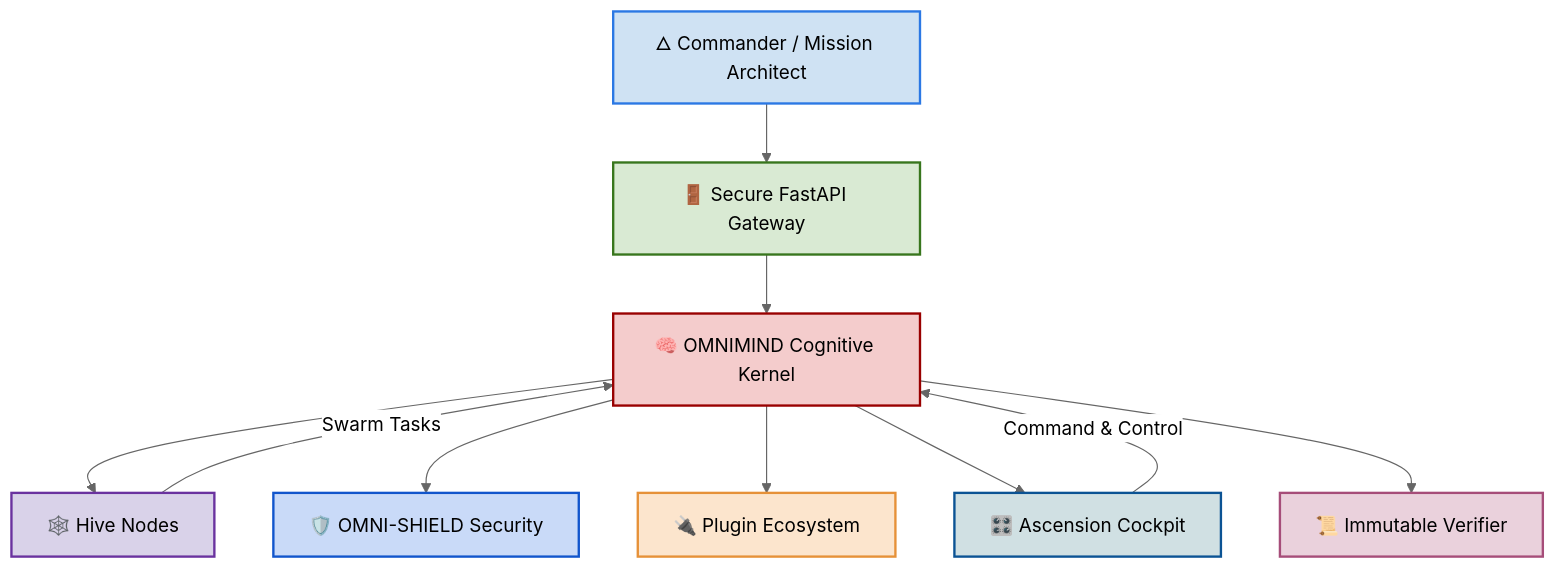
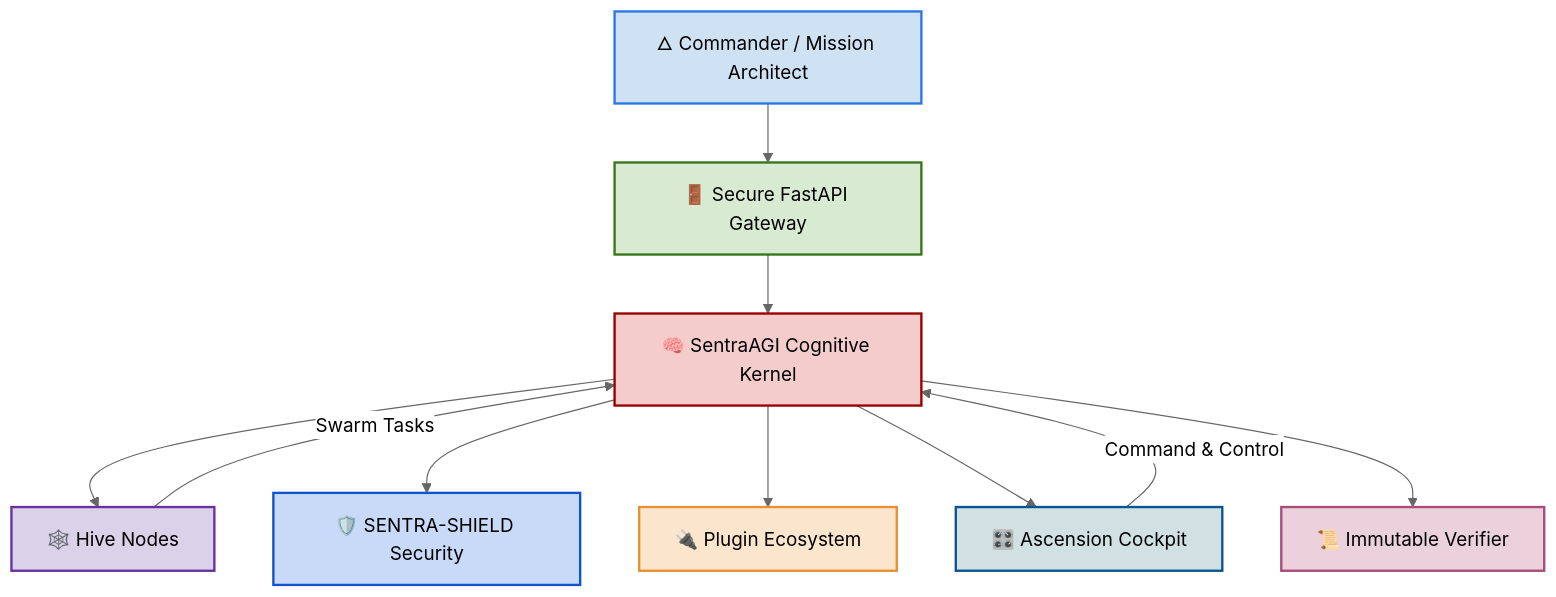
Before and after one commit to priyanshumishra610/OMNIMIND: the diagram in README.md, drawn with Mermaid (neutral theme). The commit also changed other lines of this file, not shown here.

`````diff
--- a/README.md
+++ b/README.md
@@ -49,21 +57,21 @@
 ```mermaid
 graph TD
   Commander[🜂 Commander / Mission Architect] --> Gateway[🚪 Secure FastAPI Gateway]
-  Gateway --> Kernel[🧠 OMNIMIND Cognitive Kernel]
+  Gateway --> Kernel[🧠 SentraAGI Cognitive Kernel]
   Kernel --> Hive[🕸️ Hive Nodes]
-  Kernel --> Shield[🛡️ OMNI-SHIELD Security]
+  Kernel --> Shield[🛡️ SENTRA-SHIELD Security]
   Kernel --> Plugins[🔌 Plugin Ecosystem]
   Kernel --> Cockpit[🎛️ Ascension Cockpit]
   Kernel --> Verifier[📜 Immutable Verifier]
   Hive -->|Swarm Tasks| Kernel
   Cockpit -->|Command & Control| Kernel
 
   style Commander fill:#cfe2f3,stroke:#2b78e4,stroke-width:2px,color:#000
   style Gateway fill:#d9ead3,stroke:#38761d,stroke-width:2px,color:#000
   style Kernel fill:#f4cccc,stroke:#990000,stroke-width:2px,color:#000
   style Hive fill:#d9d2e9,stroke:#6a329f,stroke-width:2px,color:#000
   style Shield fill:#c9daf8,stroke:#1155cc,stroke-width:2px,color:#000
   style Plugins fill:#fce5cd,stroke:#e69138,stroke-width:2px,color:#000
   style Cockpit fill:#d0e0e3,stroke:#0b5394,stroke-width:2px,color:#000
   style Verifier fill:#ead1dc,stroke:#a64d79,stroke-width:2px,color:#000
 ````
`````
